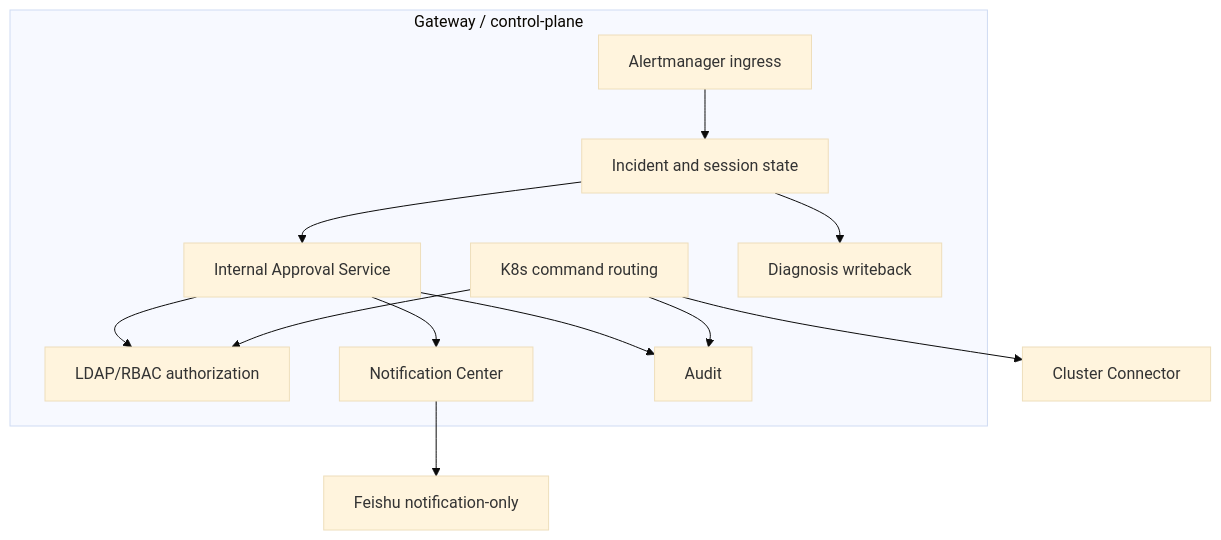
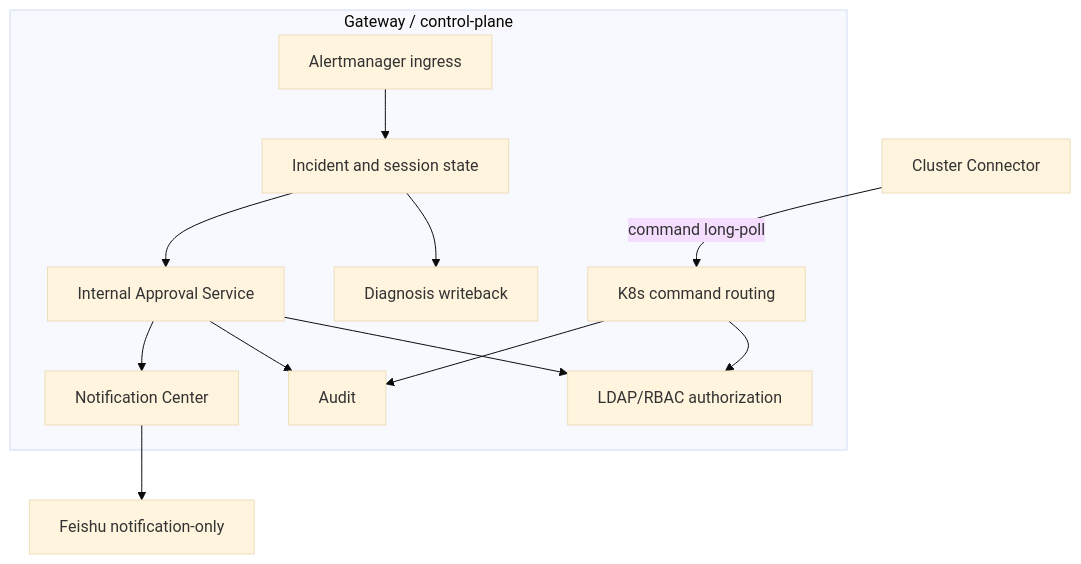
One commit to Timeless0927/AIops changed the third of 5 diagrams in docs/architecture-diagrams.md. Above: the diagram before and after it, drawn with Mermaid (base theme). The commit also changed other lines of this file and 27 other files, not shown here.

````diff
--- a/docs/architecture-diagrams.md
+++ b/docs/architecture-diagrams.md
@@ -58,25 +58,25 @@
 ```mermaid
 flowchart TB
     subgraph Gateway["Gateway / control-plane"]
         Ingress[Alertmanager ingress]
         Incident[Incident and session state]
         Approval[Internal Approval Service]
         RBAC[LDAP/RBAC authorization]
         Notify[Notification Center]
         Audit[Audit]
         Routing[K8s command routing]
         Writeback[Diagnosis writeback]
     end
 
     Ingress --> Incident
     Incident --> Writeback
     Incident --> Approval
     Approval --> RBAC
     Approval --> Audit
     Approval --> Notify
     Routing --> RBAC
     Routing --> Audit
 
     Notify --> Feishu[Feishu notification-only]
-    Routing --> Connector[Cluster Connector]
+    Connector[Cluster Connector] -->|command long-poll| Routing
 ```
````
